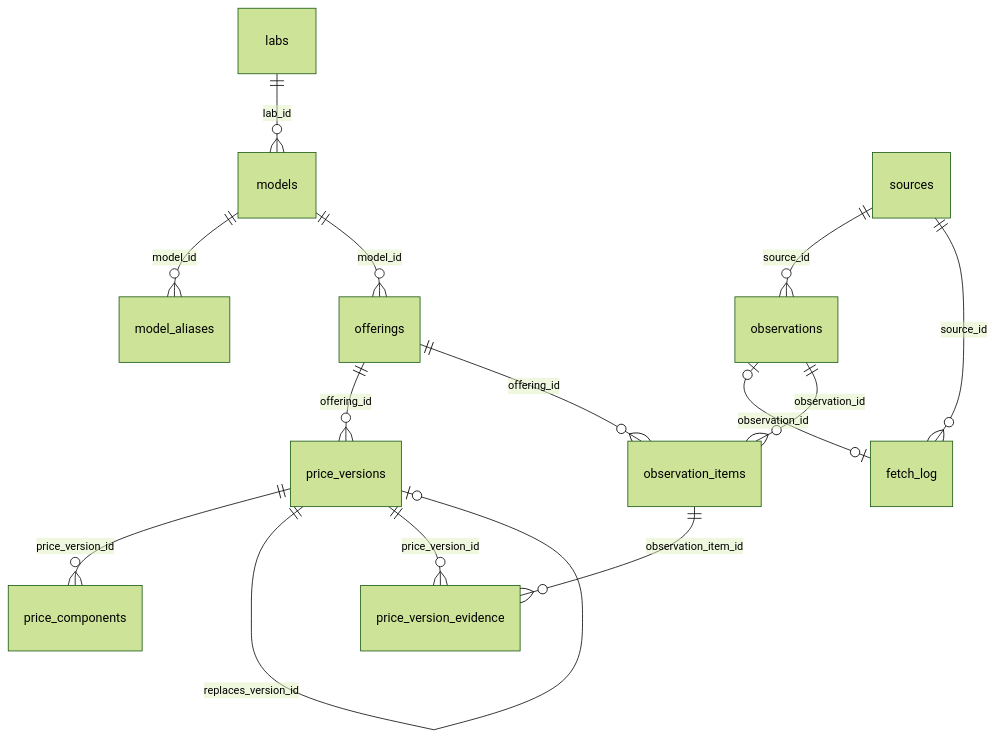
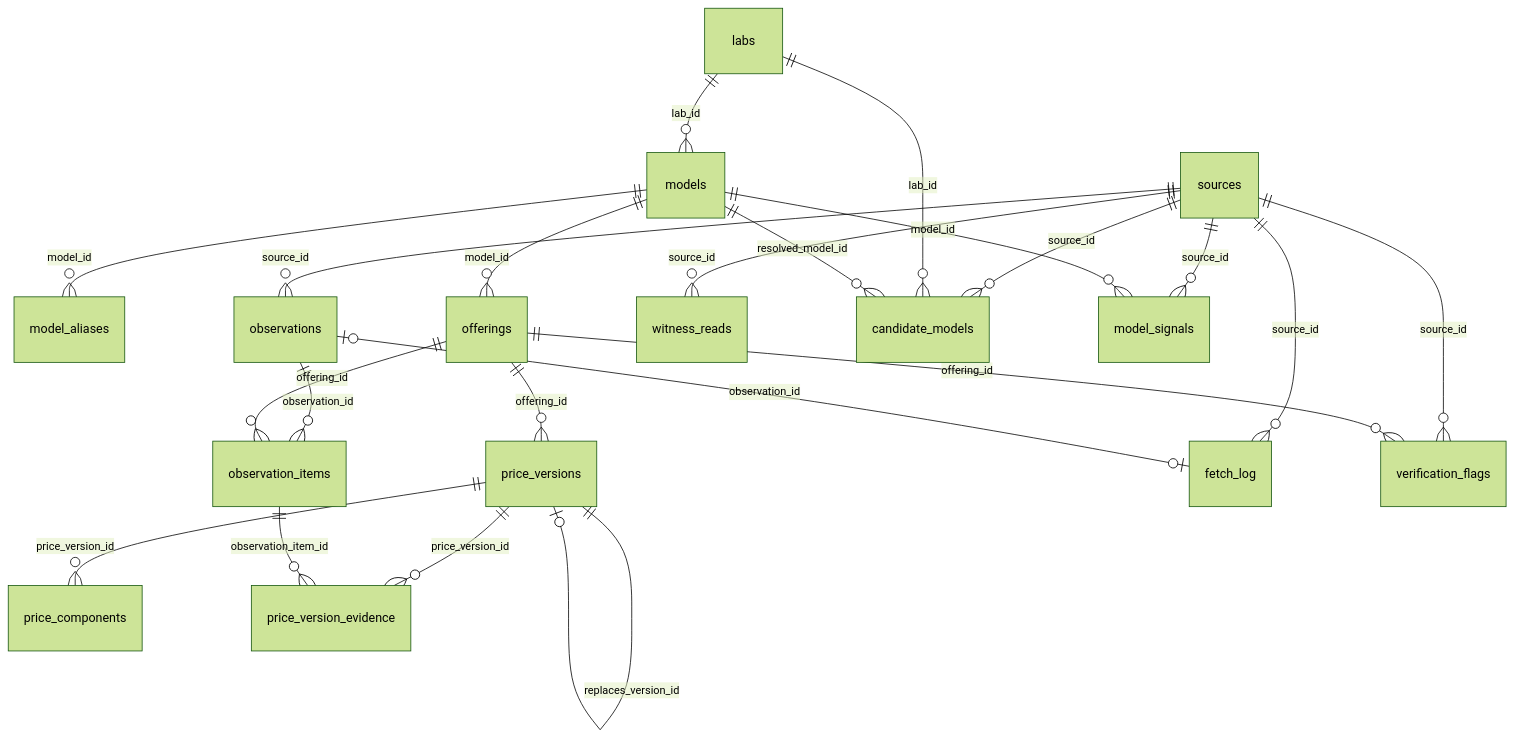
Before and after one commit to theidlebranch/priceTrail: the diagram in docs/price-tables.md, drawn with Mermaid (forest theme). The commit also changed other lines of this file and 5 other files, not shown here.

````diff
--- a/docs/price-tables.md
+++ b/docs/price-tables.md
@@ -11,16 +11,24 @@
 ```mermaid
 erDiagram
   labs ||--o{ models : "lab_id"
   models ||--o{ model_aliases : "model_id"
   models ||--o{ offerings : "model_id"
   offerings ||--o{ price_versions : "offering_id"
   price_versions ||--o{ price_components : "price_version_id"
   price_versions ||--o| price_versions : "replaces_version_id"
   price_versions ||--o{ price_version_evidence : "price_version_id"
   observation_items ||--o{ price_version_evidence : "observation_item_id"
   sources ||--o{ observations : "source_id"
   sources ||--o{ fetch_log : "source_id"
   observations |o--o| fetch_log : "observation_id"
   observations ||--o{ observation_items : "observation_id"
   offerings ||--o{ observation_items : "offering_id"
+  sources ||--o{ witness_reads : "source_id"
+  sources ||--o{ verification_flags : "source_id"
+  offerings ||--o{ verification_flags : "offering_id"
+  sources ||--o{ candidate_models : "source_id"
+  labs ||--o{ candidate_models : "lab_id"
+  models ||--o{ candidate_models : "resolved_model_id"
+  sources ||--o{ model_signals : "source_id"
+  models ||--o{ model_signals : "model_id"
 ```
````
